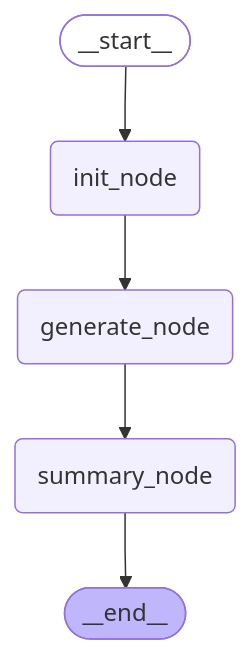
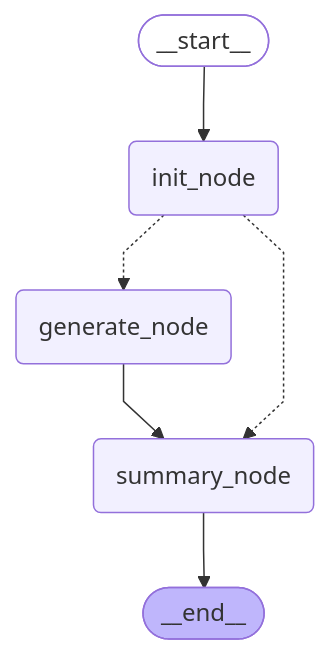
Before and after one commit to GigaGaiaWorld/nsai_master: the diagram in langda/history/langda_agent_simple_mermaid.mmd, drawn with Mermaid. The commit also changed 9059 other files, not shown here.

```diff
--- a/langda/history/langda_agent_simple_mermaid.mmd
+++ b/langda/history/langda_agent_simple_mermaid.mmd
@@ -1,18 +1,19 @@
 ---
 config:
   flowchart:
     curve: linear
 ---
 graph TD;
 	__start__([<p>__start__</p>]):::first
 	init_node(init_node)
 	generate_node(generate_node)
 	summary_node(summary_node)
 	__end__([<p>__end__</p>]):::last
 	__start__ --> init_node;
 	generate_node --> summary_node;
-	init_node --> generate_node;
 	summary_node --> __end__;
+	init_node -.-> generate_node;
+	init_node -.-> summary_node;
 	classDef default fill:#f2f0ff,line-height:1.2
 	classDef first fill-opacity:0
 	classDef last fill:#bfb6fc
```
